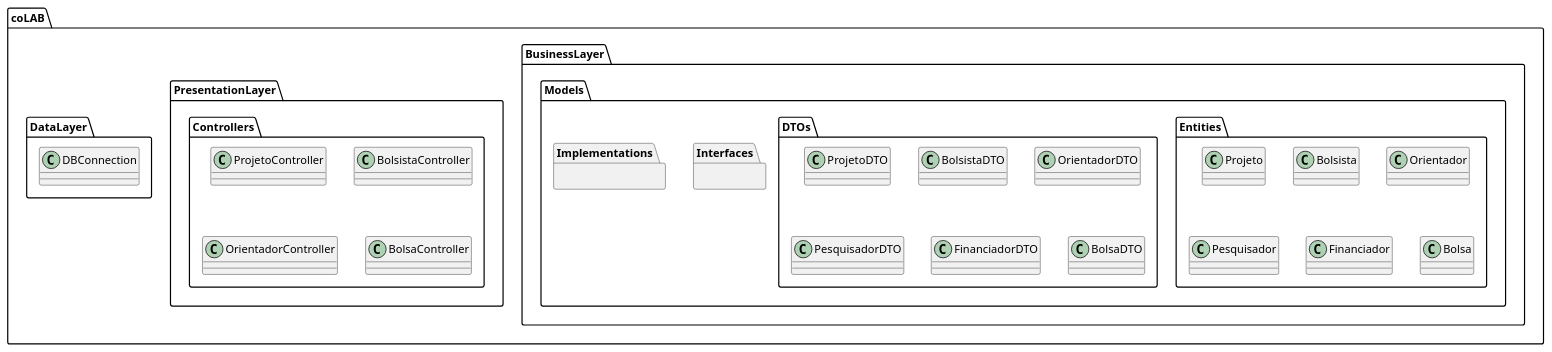
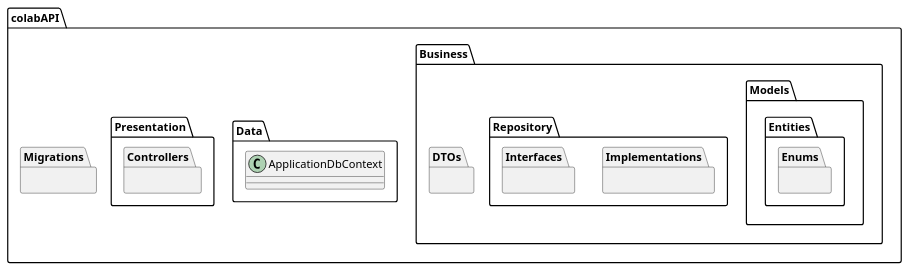
The diagram in diagramas/diagrama-projeto.plantuml (sofialctv/coLAB), drawn with PlantUML before and after one commit. The commit also changed 10 other files, not shown here.

Commit message:
docs: atualizando diagramas

```diff
--- a/diagramas/diagrama-projeto.plantuml
+++ b/diagramas/diagrama-projeto.plantuml
@@ -1,52 +1,28 @@
 @startuml
 
-package coLAB {
-    package BusinessLayer {
+package colabAPI {
+    package Business {
+        package DTOs {}
+        package Models {
+            package Entities {
+                package Enums {}
+            }
+        }
+        package Repository {
+            package Implementations {}
+            package Interfaces {}
+        }
+    }
 
-        package Models {
+    package Data {
+        class ApplicationDbContext
+    }  
 
-        package Entities {
-            class Projeto
-            class Bolsista
-            class Orientador
-            class Pesquisador
-            class Financiador
-            class Bolsa
+    package Migrations {}
 
-        }
-
-        package DTOs {
-            class ProjetoDTO
-            class BolsistaDTO
-            class OrientadorDTO
-            class PesquisadorDTO
-            class FinanciadorDTO
-            class BolsaDTO
-        }
-       
-        package Interfaces {
-        }
-
-        package Implementations {
-        }
-
+    package Presentation {
+        package Controllers {}
     }
 
     }
-
-    package PresentationLayer {
-        package Controllers {
-            class ProjetoController
-            class BolsistaController
-            class OrientadorController
-            class BolsaController
-
-        }
-    }
-
-    package DataLayer {
-        class DBConnection
-    }
-}
-
 @enduml
```
